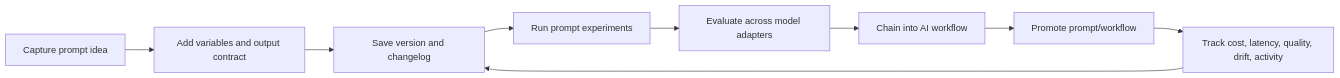
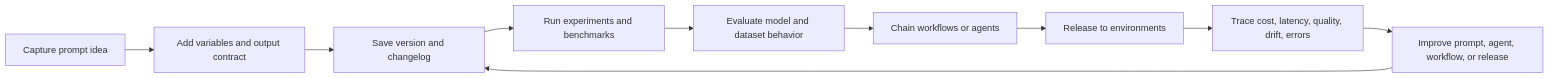
Before and after one commit to obone410/AI-Prompt-Management-Platform: the first of 2 diagrams in README.md, drawn with Mermaid. The commit also changed other lines of this file and 20 other files, not shown here.

````diff
--- a/README.md
+++ b/README.md
@@ -78,11 +89,12 @@
 ```mermaid
 flowchart LR
   Capture["Capture prompt idea"] --> Structure["Add variables and output contract"]
   Structure --> Version["Save version and changelog"]
-  Version --> Experiment["Run prompt experiments"]
-  Experiment --> Evaluate["Evaluate across model adapters"]
-  Evaluate --> Workflow["Chain into AI workflow"]
-  Workflow --> Deploy["Promote prompt/workflow"]
-  Deploy --> Observe["Track cost, latency, quality, drift, activity"]
-  Observe --> Version
+  Version --> Experiment["Run experiments and benchmarks"]
+  Experiment --> Evaluate["Evaluate model and dataset behavior"]
+  Evaluate --> Workflow["Chain workflows or agents"]
+  Workflow --> Deploy["Release to environments"]
+  Deploy --> Observe["Trace cost, latency, quality, drift, errors"]
+  Observe --> Improve["Improve prompt, agent, workflow, or release"]
+  Improve --> Version
 ```
````
